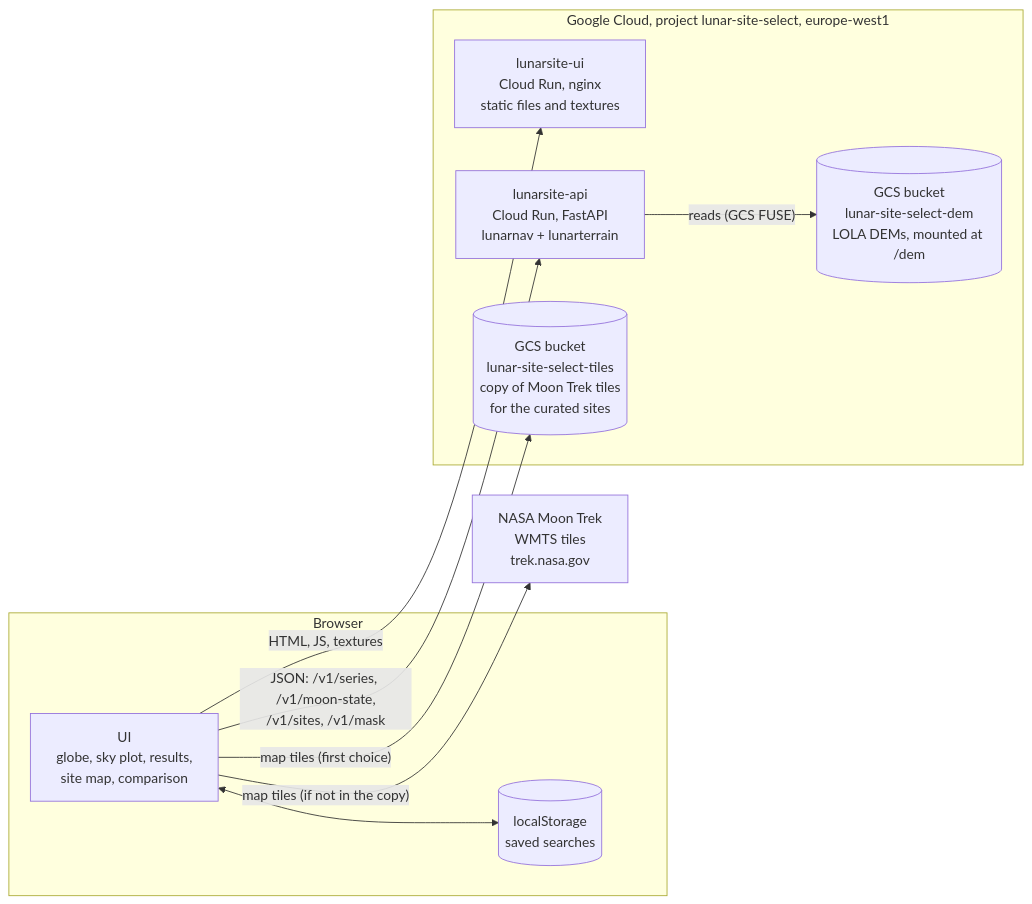
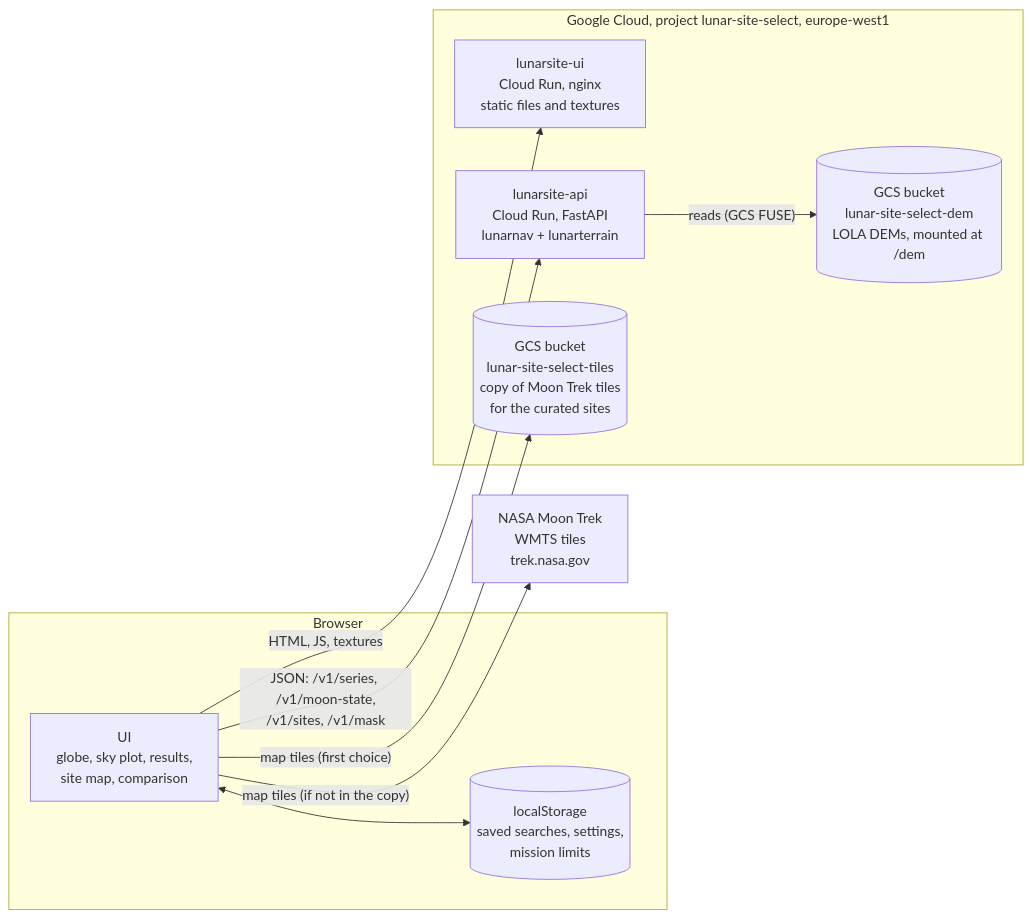
The first of 2 diagrams in docs/architecture.md (mustafajnr/lunar-landing-site-navigator), drawn with Mermaid before and after one commit. The commit also changed other lines of this file, not shown here.

First line of the commit message:
docs(architecture): verdict, mission requirements, landing window, gazetteer, built Check panel

````diff
--- a/docs/architecture.md
+++ b/docs/architecture.md
@@ -26,23 +26,23 @@
 ```mermaid
 flowchart LR
   subgraph Browser
     UI["UI<br/>globe, sky plot, results,<br/>site map, comparison"]
-    LS[("localStorage<br/>saved searches")]
+    LS[("localStorage<br/>saved searches, settings,<br/>mission limits")]
   end
 
   subgraph GCP["Google Cloud, project lunar-site-select, europe-west1"]
     UIS["lunarsite-ui<br/>Cloud Run, nginx<br/>static files and textures"]
     API["lunarsite-api<br/>Cloud Run, FastAPI<br/>lunarnav + lunarterrain"]
     DEM[("GCS bucket<br/>lunar-site-select-dem<br/>LOLA DEMs, mounted at /dem")]
     TILES[("GCS bucket<br/>lunar-site-select-tiles<br/>copy of Moon Trek tiles<br/>for the curated sites")]
   end
 
   TREK["NASA Moon Trek<br/>WMTS tiles<br/>trek.nasa.gov"]
 
   UI -- "HTML, JS, textures" --> UIS
   UI -- "JSON: /v1/series, /v1/moon-state,<br/>/v1/sites, /v1/mask" --> API
   UI -- "map tiles (first choice)" --> TILES
   UI -- "map tiles (if not in the copy)" --> TREK
   UI <--> LS
   API -- "reads (GCS FUSE)" --> DEM
 ```
````
